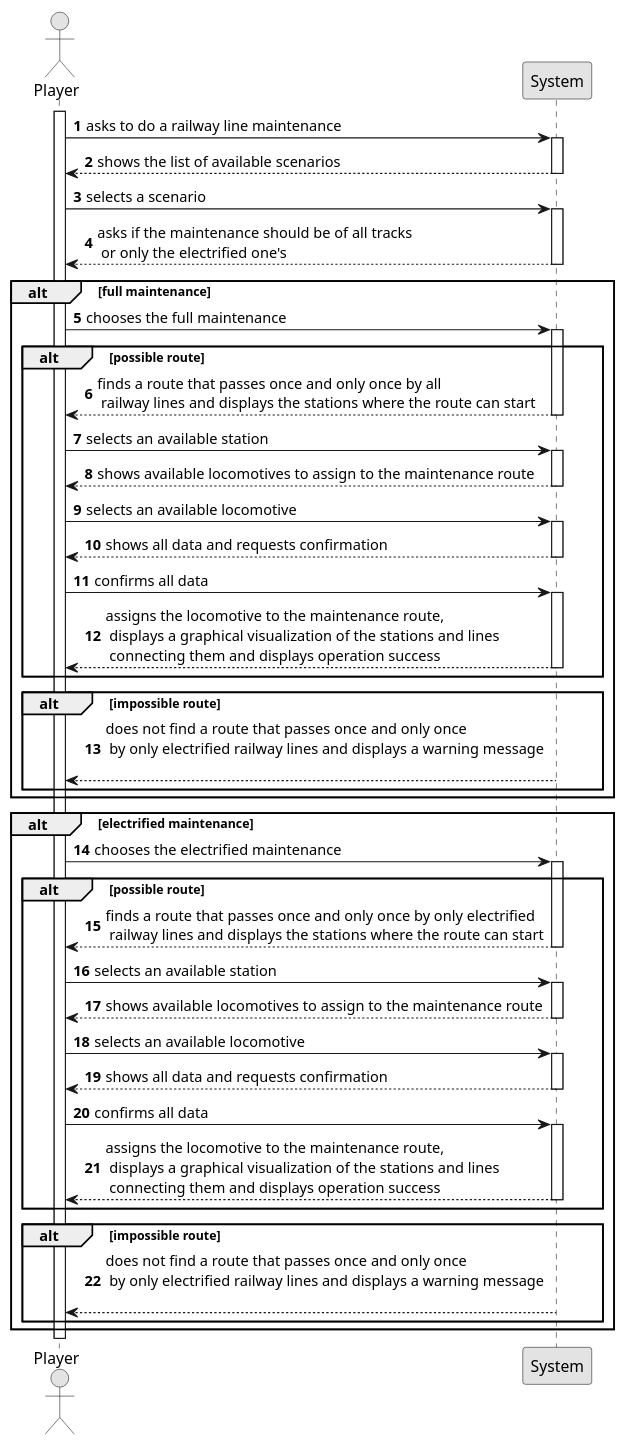
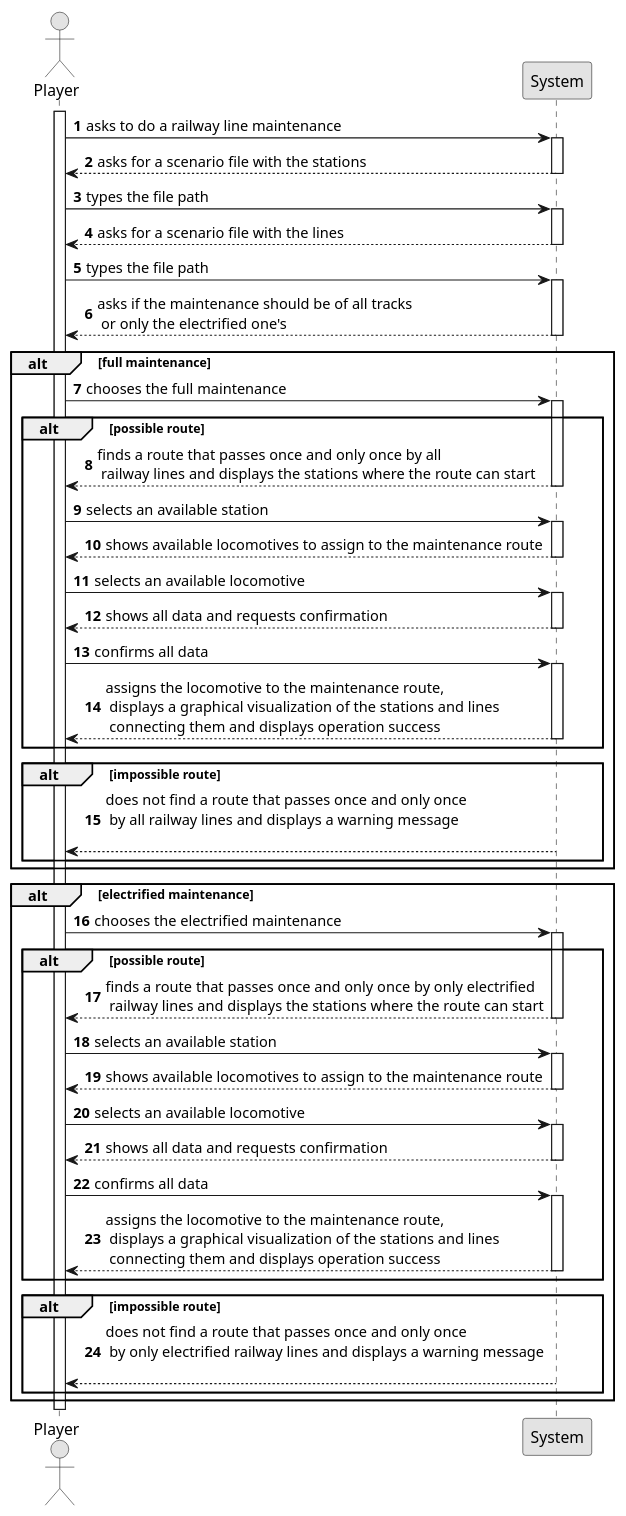
Before and after one commit to 1240935/pi2-railway-simulator: the diagram in Sprint2/US014/01.requirements-engineering/puml/US014-SSD.puml, drawn with PlantUML. The commit also changed 11 other files, not shown here.

```diff
--- a/Sprint2/US014/01.requirements-engineering/puml/US014-SSD.puml
+++ b/Sprint2/US014/01.requirements-engineering/puml/US014-SSD.puml
@@ -1,104 +1,111 @@
 @startuml
 skinparam monochrome true
 skinparam packageStyle rectangle
 skinparam shadowing false
 
 autonumber
 
 actor "Player" as Employee
 participant "System" as System
 
 activate Employee
 
     Employee -> System : asks to do a railway line maintenance
     activate System
 
-        System --> Employee : shows the list of available scenarios
+         System --> Employee : asks for a scenario file with the stations
             deactivate System
 
-    Employee -> System : selects a scenario
-    activate System
+            Employee -> System : types the file path
+            activate System
+
+            System --> Employee : asks for a scenario file with the lines
+                deactivate System
+
+            Employee -> System : types the file path
+                activate System
+
 
         System --> Employee : asks if the maintenance should be of all tracks \n or only the electrified one's
     deactivate System
 
     alt full maintenance
     Employee -> System : chooses the full maintenance
         activate System
 
         alt possible route
 
                     System --> Employee : finds a route that passes once and only once by all \n railway lines and displays the stations where the route can start
                     deactivate System
 
                 Employee -> System : selects an available station
                 activate System
 
                     System --> Employee: shows available locomotives to assign to the maintenance route
                     deactivate System
 
                 Employee -> System : selects an available locomotive
                 activate System
 
                      System --> Employee : shows all data and requests confirmation
                     deactivate System
 
                 Employee -> System : confirms all data
                 activate System
 
                     System --> Employee: assigns the locomotive to the maintenance route,\n displays a graphical visualization of the stations and lines \n connecting them and displays operation success
                     deactivate System
 
                 end alt
 
                 alt impossible route
 
                 activate System
 
-                     System --> Employee : does not find a route that passes once and only once \n by only electrified railway lines and displays a warning message \n
+                     System --> Employee : does not find a route that passes once and only once \n by all railway lines and displays a warning message \n
                      deactivate System
 
                 end alt
 
          end alt
 
     alt electrified maintenance
 
         Employee -> System : chooses the electrified maintenance
         activate System
 
         alt possible route
 
             System --> Employee : finds a route that passes once and only once by only electrified \n railway lines and displays the stations where the route can start
             deactivate System
 
         Employee -> System : selects an available station
         activate System
 
             System --> Employee: shows available locomotives to assign to the maintenance route
             deactivate System
 
         Employee -> System : selects an available locomotive
         activate System
 
              System --> Employee : shows all data and requests confirmation
             deactivate System
 
         Employee -> System : confirms all data
         activate System
 
             System --> Employee: assigns the locomotive to the maintenance route,\n displays a graphical visualization of the stations and lines \n connecting them and displays operation success
             deactivate System
 
         end alt
 
         alt impossible route
 
              System --> Employee : does not find a route that passes once and only once \n by only electrified railway lines and displays a warning message \n
 
         end alt
 
 
     end alt
 
 @enduml
```
